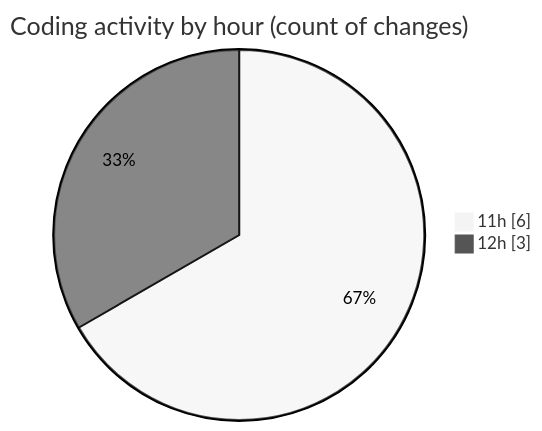
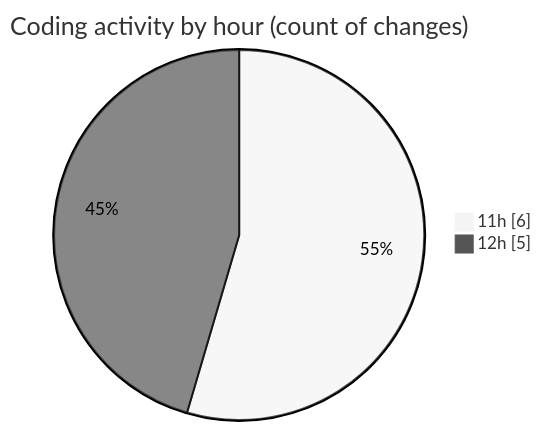
The second of 2 diagrams in 2025-05-30/nxtqube_webapp/README.md (nxtqubesakshisongat/code-tracking), drawn with Mermaid (neutral theme) before and after one commit. The commit also changed other lines of this file and 1 other file, not shown here.

````diff
--- a/2025-05-30/nxtqube_webapp/README.md
+++ b/2025-05-30/nxtqube_webapp/README.md
@@ -29,6 +30,6 @@
 ```mermaid
 pie showData
 title Coding activity by hour (count of changes)
 "11h" : 6
-"12h" : 3
+"12h" : 5
 ```
````
